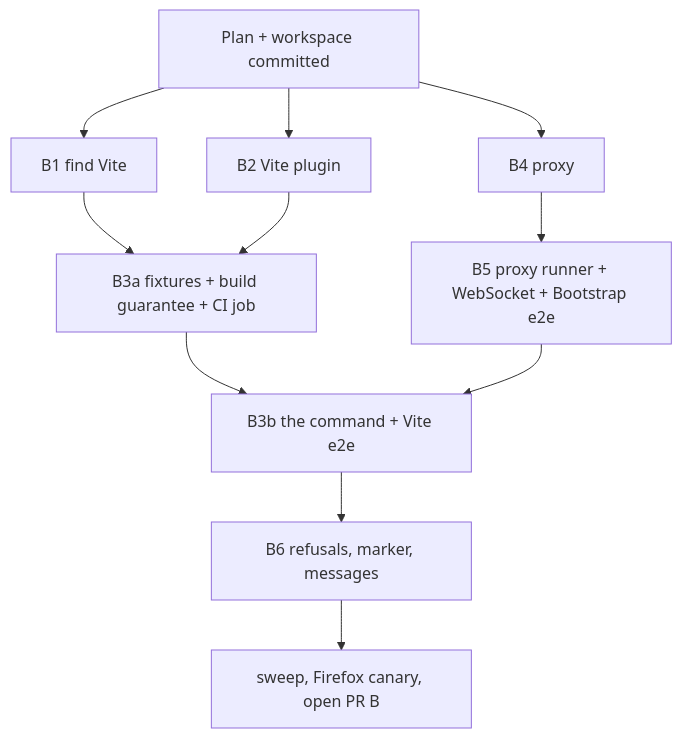
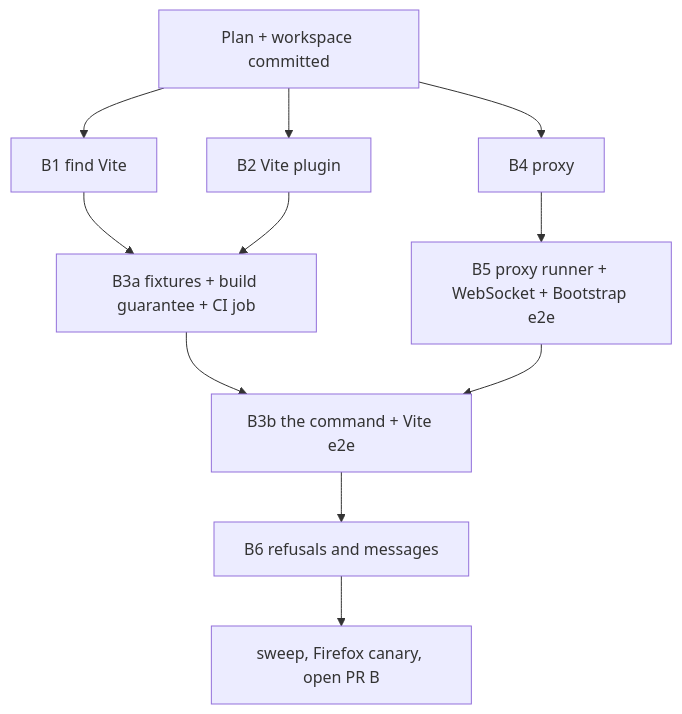
The diagram in docs/plans/2026-10-04-r1-pr-b-sdd.md (pterw/font-kit-studio), drawn with Mermaid before and after one commit. The commit also changed other lines of this file and 2 other files, not shown here.

````diff
--- a/docs/plans/2026-10-04-r1-pr-b-sdd.md
+++ b/docs/plans/2026-10-04-r1-pr-b-sdd.md
@@ -218,9 +218,9 @@
 ```mermaid
 flowchart TD
     W0["Plan + workspace committed"] --> B1["B1 find Vite"] & B2["B2 Vite plugin"] & B4["B4 proxy"]
     B1 & B2 --> B3a["B3a fixtures + build guarantee + CI job"]
     B4 --> B5["B5 proxy runner + WebSocket + Bootstrap e2e"]
     B3a & B5 --> B3b["B3b the command + Vite e2e"]
-    B3b --> B6["B6 refusals, marker, messages"]
+    B3b --> B6["B6 refusals and messages"]
     B6 --> PR["sweep, Firefox canary, open PR B"]
 ```
````
